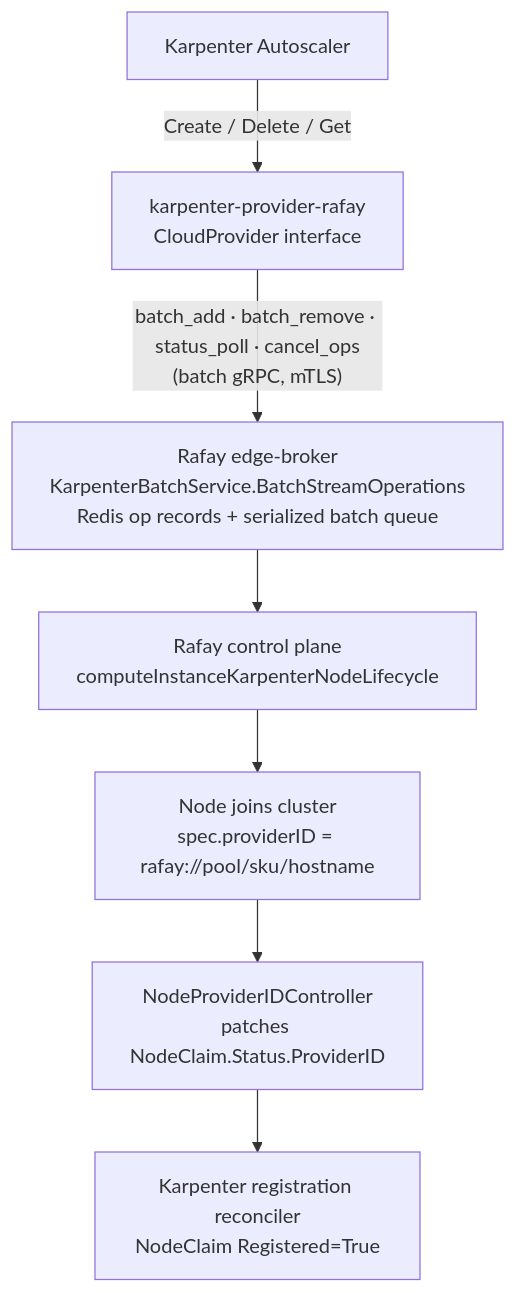
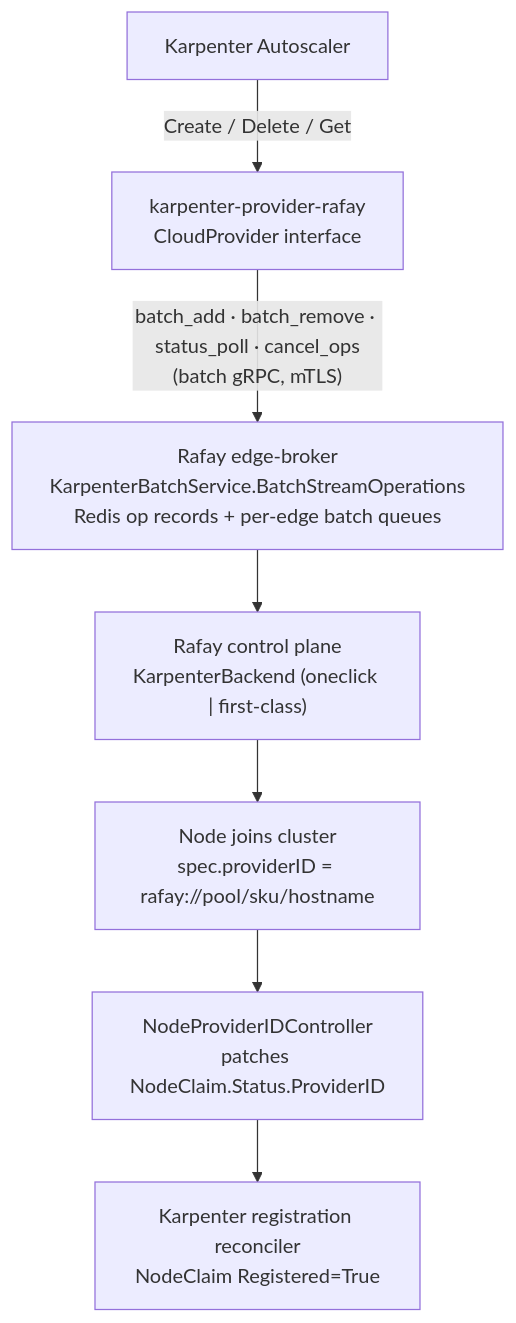
One commit to RafaySystems/karpenter-provider-rafay changed the first of 15 diagrams in docs/confluence-architecture.md. Above: the diagram before and after it, drawn with Mermaid. The commit also changed other lines of this file and 76 other files, not shown here.

````diff
--- a/docs/confluence-architecture.md
+++ b/docs/confluence-architecture.md
@@ -51,17 +53,17 @@
 ```mermaid
 graph TB
     KARP["Karpenter Autoscaler"]
     CP["karpenter-provider-rafay\nCloudProvider interface"]
-    EB["Rafay edge-broker\nKarpenterBatchService.BatchStreamOperations\nRedis op records + serialized batch queue"]
-    CTRL["Rafay control plane\ncomputeInstanceKarpenterNodeLifecycle"]
+    EB["Rafay edge-broker\nKarpenterBatchService.BatchStreamOperations\nRedis op records + per-edge batch queues"]
+    CTRL["Rafay control plane\nKarpenterBackend (oneclick | first-class)"]
     NODE["Node joins cluster\nspec.providerID = rafay://pool/sku/hostname"]
     NPID["NodeProviderIDController\npatches NodeClaim.Status.ProviderID"]
     REG["Karpenter registration reconciler\nNodeClaim Registered=True"]
 
     KARP -->|"Create / Delete / Get"| CP
     CP -->|"batch_add · batch_remove · status_poll · cancel_ops\n(batch gRPC, mTLS)"| EB
     EB --> CTRL
     CTRL --> NODE
     NODE --> NPID
     NPID --> REG
 ```
````
